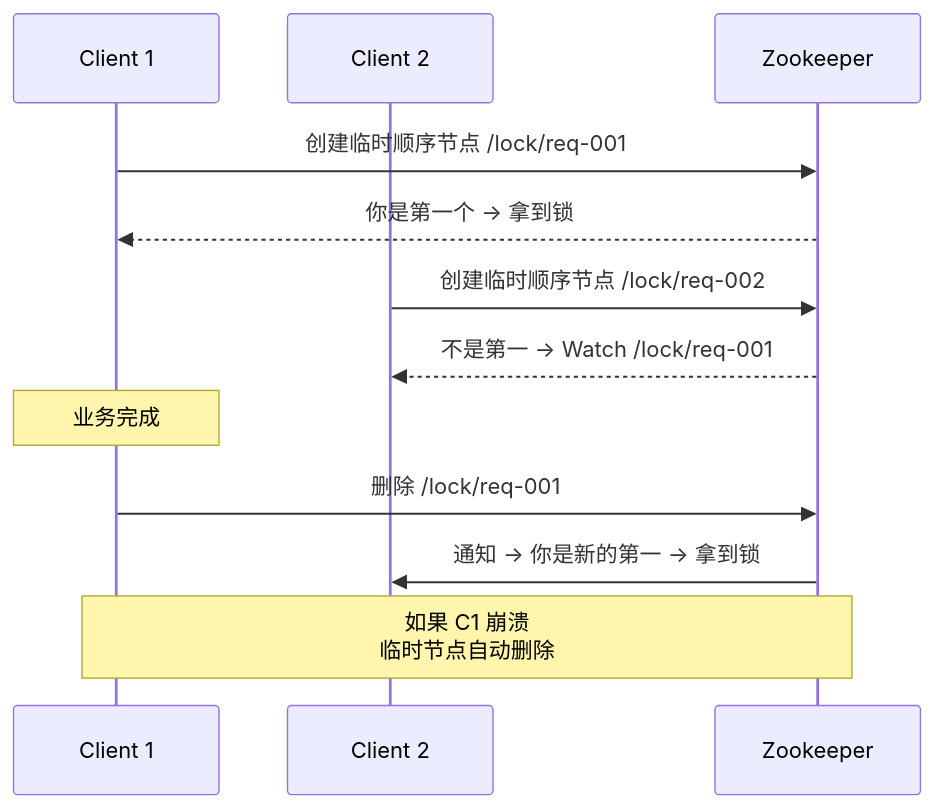
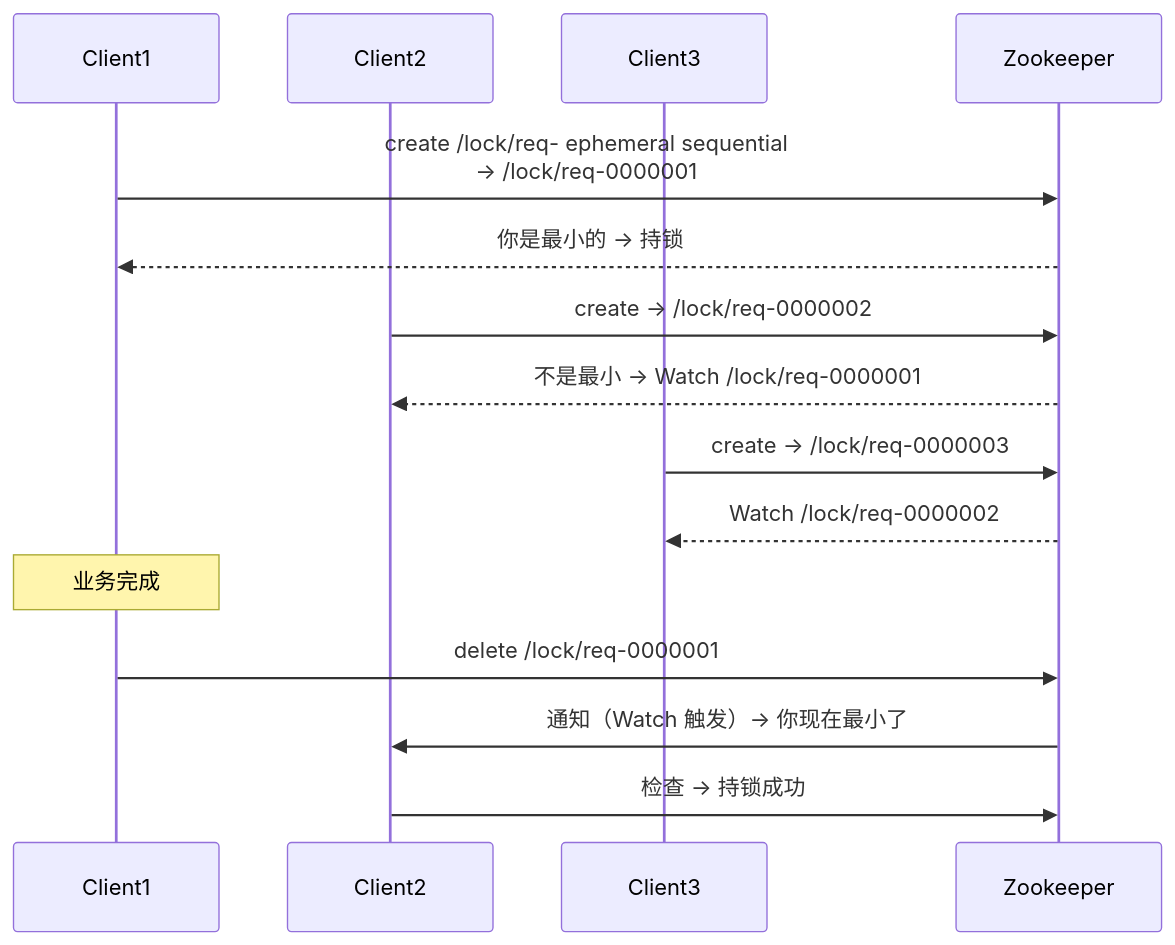
Before and after one commit to chongyang211/YCBookBlog: the eighth of 11 diagrams in docs/10.真经/05.方案设计思想/15.分布式锁方案设计.md, drawn with Mermaid. The commit also changed other lines of this file and 36 other files, not shown here.

````diff
--- a/docs/10.真经/05.方案设计思想/15.分布式锁方案设计.md
+++ b/docs/10.真经/05.方案设计思想/15.分布式锁方案设计.md
@@ -431,18 +409,17 @@
 ```mermaid
 sequenceDiagram
-    participant C1 as Client 1
-    participant C2 as Client 2
+    participant C1 as Client1
+    participant C2 as Client2
+    participant C3 as Client3
     participant ZK as Zookeeper
-    
-    C1->>ZK: 创建临时顺序节点 /lock/req-001
-    ZK-->>C1: 你是第一个 → 拿到锁
-    
-    C2->>ZK: 创建临时顺序节点 /lock/req-002
-    ZK-->>C2: 不是第一 → Watch /lock/req-001
-    
+    C1->>ZK: create /lock/req- ephemeral sequential<br/>→ /lock/req-0000001
+    ZK-->>C1: 你是最小的 → 持锁
+    C2->>ZK: create → /lock/req-0000002
+    ZK-->>C2: 不是最小 → Watch /lock/req-0000001
+    C3->>ZK: create → /lock/req-0000003
+    ZK-->>C3: Watch /lock/req-0000002
     Note over C1: 业务完成
-    C1->>ZK: 删除 /lock/req-001
-    ZK->>C2: 通知 → 你是新的第一 → 拿到锁
-    
-    Note over C1,ZK: 如果 C1 崩溃<br/>临时节点自动删除
+    C1->>ZK: delete /lock/req-0000001
+    ZK->>C2: 通知（Watch 触发）→ 你现在最小了
+    C2->>ZK: 检查 → 持锁成功
 ```
````
